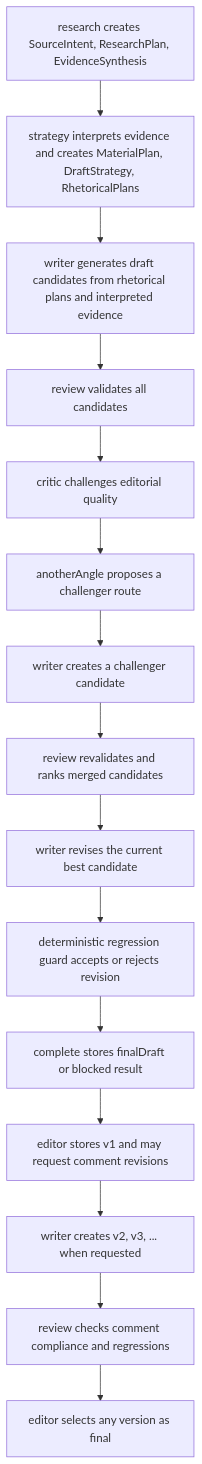
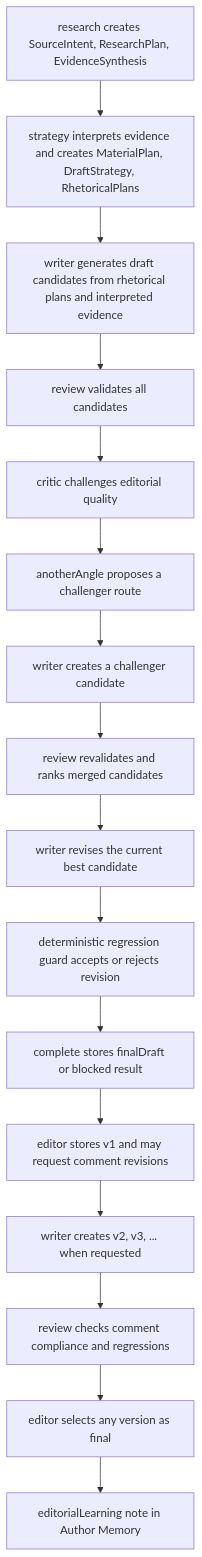
Before and after one commit to mudrezzz/glavred: the third of 4 diagrams in docs/architecture/DRAFT_RUN_PIPELINE_AS_IS.md, drawn with Mermaid. The commit also changed other lines of this file and 27 other files, not shown here.

Commit message:
feat: add editorial learning demo scenarios

````diff
--- a/docs/architecture/DRAFT_RUN_PIPELINE_AS_IS.md
+++ b/docs/architecture/DRAFT_RUN_PIPELINE_AS_IS.md
@@ -743,17 +751,18 @@
 ```mermaid
 flowchart TD
   A[research creates SourceIntent, ResearchPlan, EvidenceSynthesis] --> B[strategy interprets evidence and creates MaterialPlan, DraftStrategy, RhetoricalPlans]
   B --> C[writer generates draft candidates from rhetorical plans and interpreted evidence]
   C --> D[review validates all candidates]
   D --> E[critic challenges editorial quality]
   E --> F[anotherAngle proposes a challenger route]
   F --> G[writer creates a challenger candidate]
   G --> H[review revalidates and ranks merged candidates]
   H --> I[writer revises the current best candidate]
   I --> J[deterministic regression guard accepts or rejects revision]
   J --> K[complete stores finalDraft or blocked result]
   K --> L[editor stores v1 and may request comment revisions]
   L --> M[writer creates v2, v3, ... when requested]
   M --> M2[review checks comment compliance and regressions]
   M2 --> N[editor selects any version as final]
+  N --> O[editorialLearning note in Author Memory]
 ```
````
